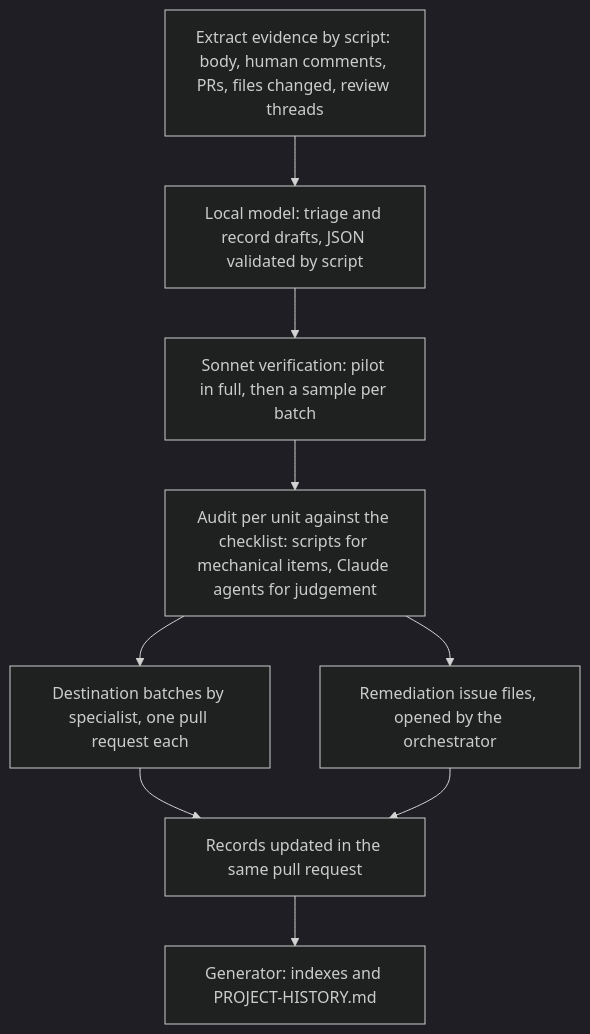
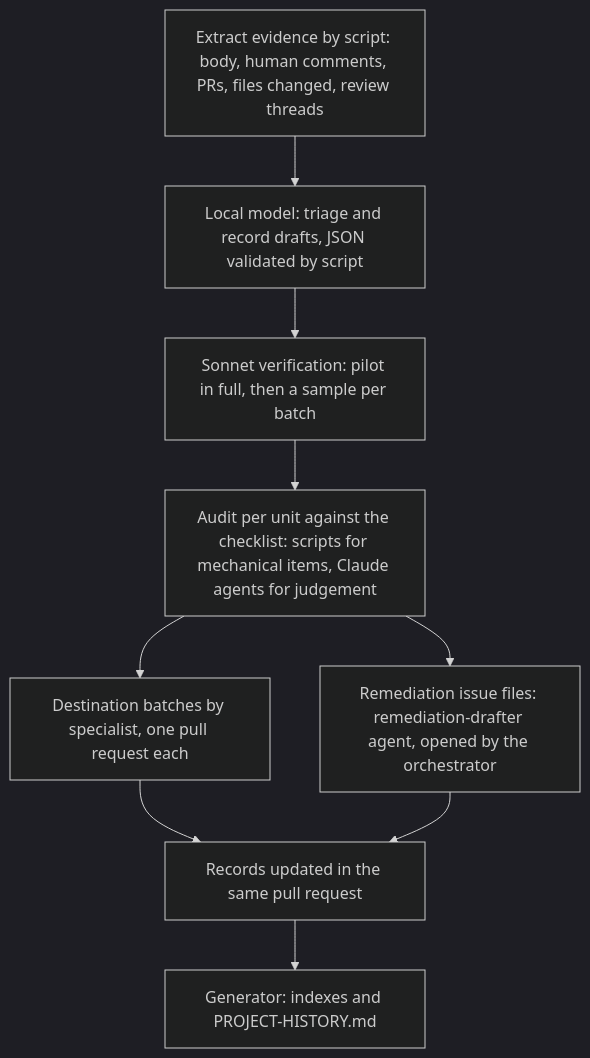
Before and after one commit to dlrivada/Encina: the diagram in docs/specifications/SPEC-003-closed-issue-knowledge-migration-and-quality-audit.md, drawn with Mermaid (dark theme). The commit also changed other lines of this file and 1 other file, not shown here.

Commit message:
docs(audit): remediation stage owned by remediation-drafter agent, local-model routing rule (#1572)

````diff
--- a/docs/specifications/SPEC-003-closed-issue-knowledge-migration-and-quality-audit.md
+++ b/docs/specifications/SPEC-003-closed-issue-knowledge-migration-and-quality-audit.md
@@ -250,11 +251,11 @@
 ```mermaid
 flowchart TD
     A[Extract evidence by script: body, human comments, PRs, files changed, review threads] --> B[Local model: triage and record drafts, JSON validated by script]
     B --> C[Sonnet verification: pilot in full, then a sample per batch]
     C --> D[Audit per unit against the checklist: scripts for mechanical items, Claude agents for judgement]
     D --> E[Destination batches by specialist, one pull request each]
-    D --> F[Remediation issue files, opened by the orchestrator]
+    D --> F[Remediation issue files: remediation-drafter agent, opened by the orchestrator]
     E --> G[Records updated in the same pull request]
     F --> G
     G --> H[Generator: indexes and PROJECT-HISTORY.md]
 ```
````
